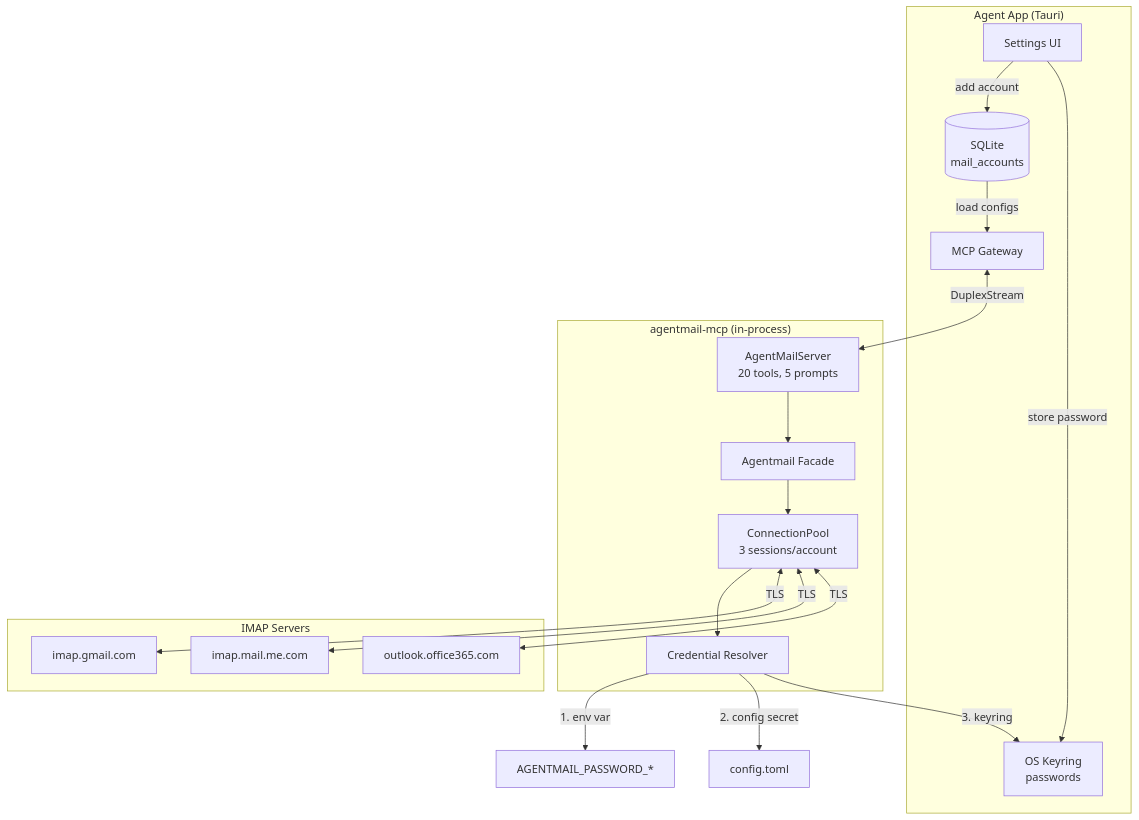
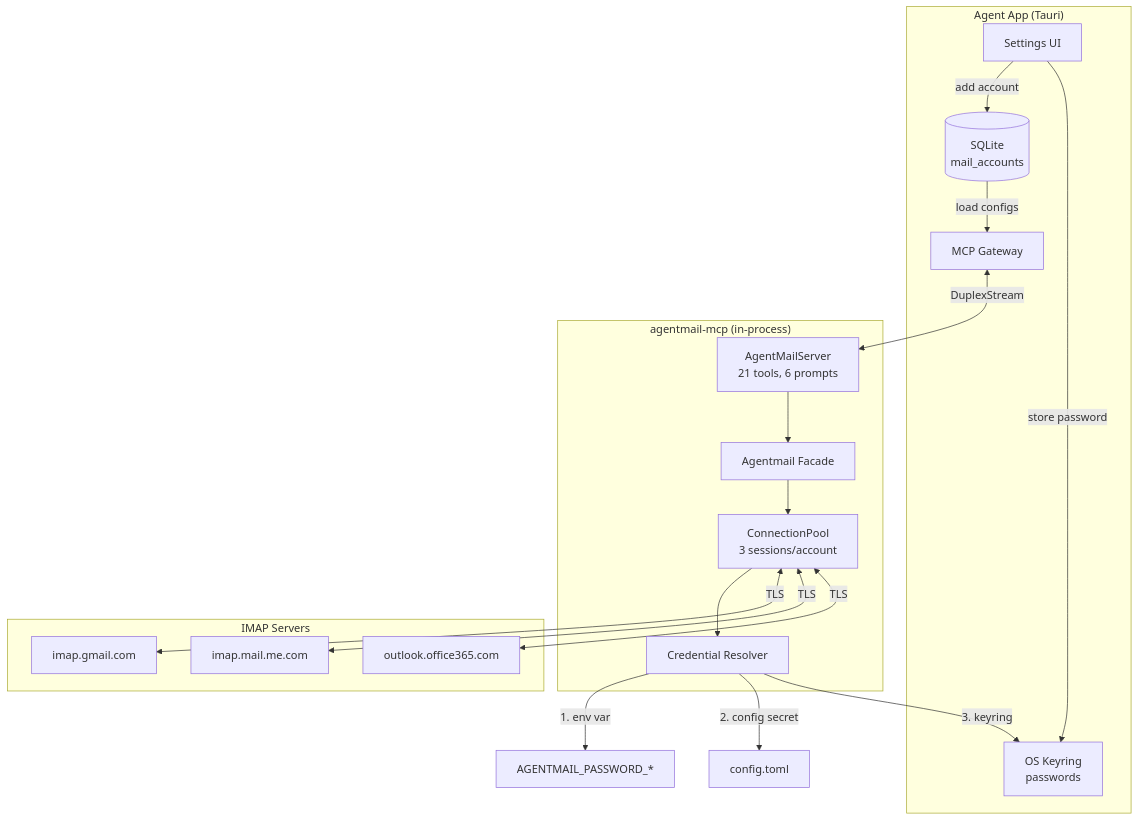
One commit to Weekendsuperhero-io/agentmail changed the first of 4 diagrams in DESIGN.md. Above: the diagram before and after it, drawn with Mermaid. The commit also changed other lines of this file and 10 other files, not shown here.

````diff
--- a/DESIGN.md
+++ b/DESIGN.md
@@ -11,36 +11,36 @@
 ```mermaid
 graph TB
     subgraph "Agent App (Tauri)"
         UI[Settings UI]
         DB[(SQLite<br/>mail_accounts)]
         KR[OS Keyring<br/>passwords]
         GW[MCP Gateway]
     end
 
     subgraph "agentmail-mcp (in-process)"
-        MCP[AgentMailServer<br/>20 tools, 5 prompts]
+        MCP[AgentMailServer<br/>21 tools, 6 prompts]
         MK[Agentmail Facade]
         POOL[ConnectionPool<br/>3 sessions/account]
         CRED[Credential Resolver]
     end
 
     subgraph "IMAP Servers"
         GMAIL[imap.gmail.com]
         ICLOUD[imap.mail.me.com]
         OUTLOOK[outlook.office365.com]
     end
 
     UI -->|add account| DB
     UI -->|store password| KR
     DB -->|load configs| GW
     GW <-->|DuplexStream| MCP
     MCP --> MK
     MK --> POOL
     POOL --> CRED
     CRED -->|1. env var| ENV[AGENTMAIL_PASSWORD_*]
     CRED -->|2. config secret| CFG[config.toml]
     CRED -->|3. keyring| KR
     POOL <-->|TLS| GMAIL
     POOL <-->|TLS| ICLOUD
     POOL <-->|TLS| OUTLOOK
 ```
````
